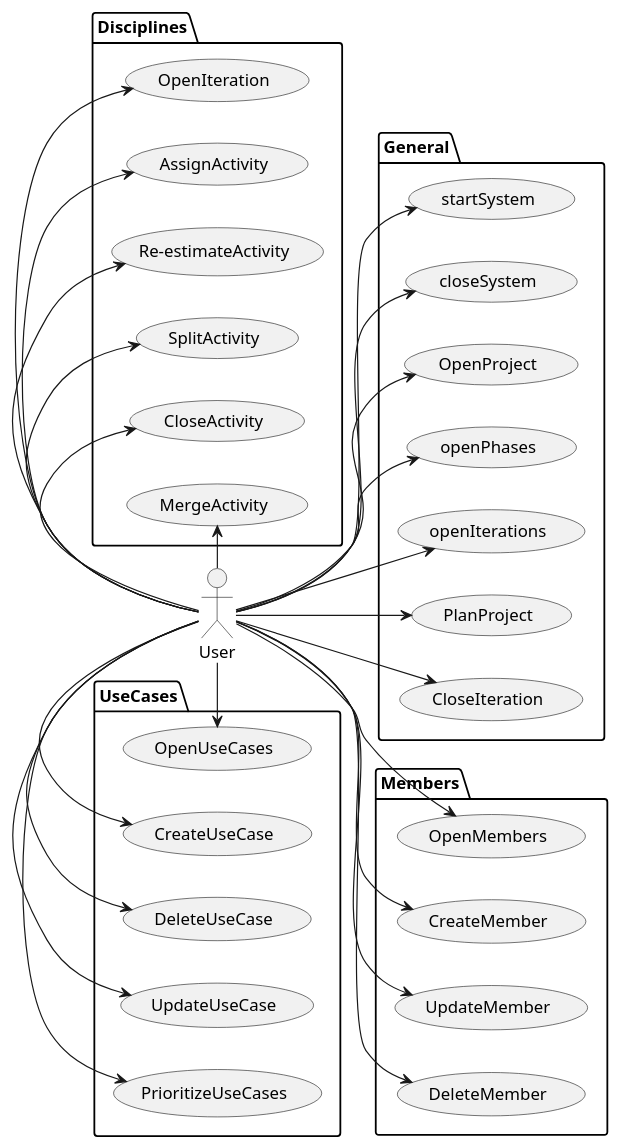
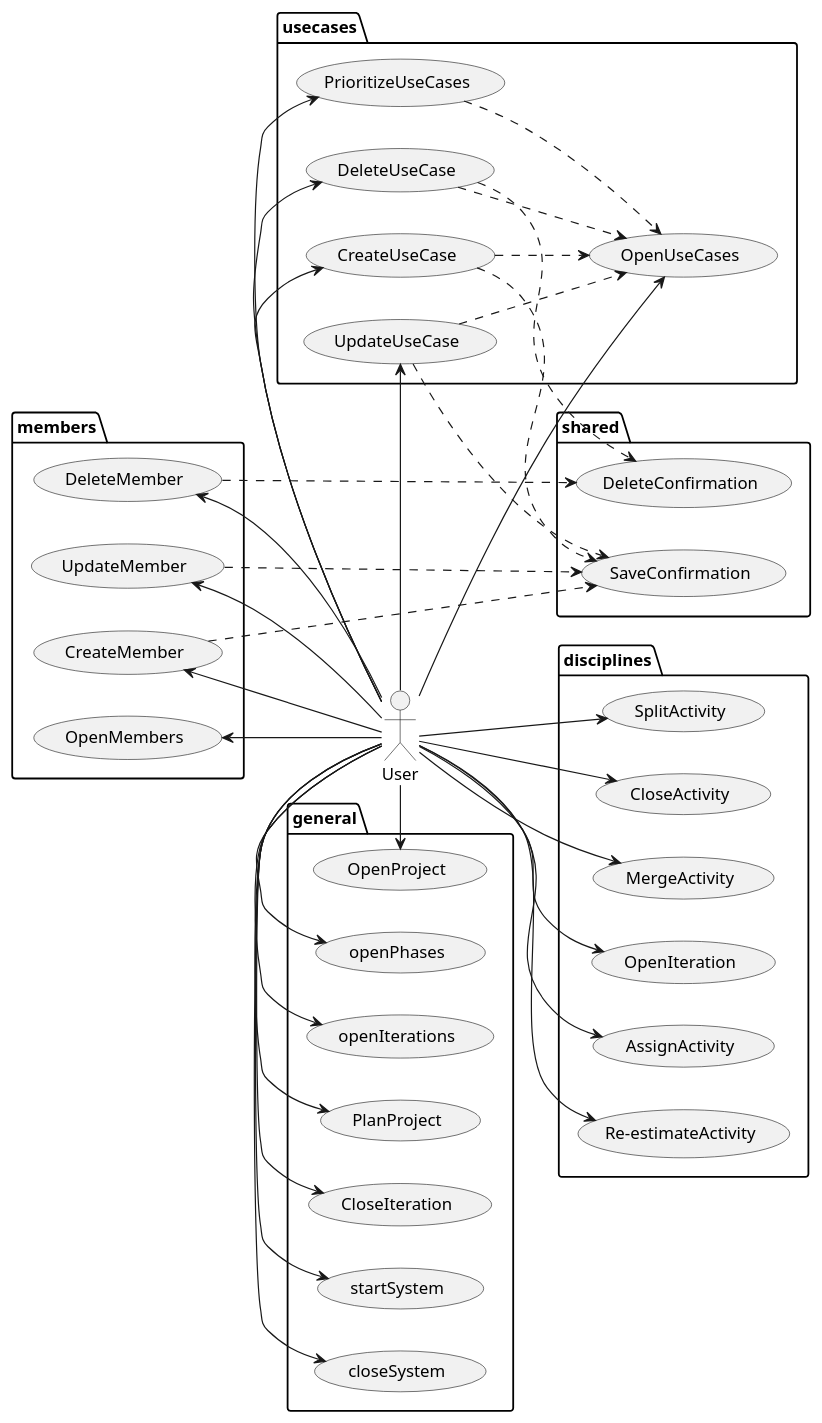
One commit to rup-projects/rup-projects changed the diagram in documentation/usecasesview/UseCases.puml. Above: the diagram before and after it, drawn with PlantUML. The commit also changed 27 other files, not shown here.

```diff
--- a/documentation/usecasesview/UseCases.puml
+++ b/documentation/usecasesview/UseCases.puml
@@ -1,39 +1,60 @@
 @startuml
 left to right direction
 
 actor "User" as user
 
-package General {
-:user: -down-> (startSystem)
-:user: -down-> (closeSystem)
-:user: -down-> (OpenProject)
-:user: -down-> (openPhases)
-:user: -down-> (openIterations)
-:user: -down-> (PlanProject)
-:user: -down-> (CloseIteration)
+package general {
+    :user: -left--> (startSystem)
+    :user: -left--> (closeSystem)
+    :user: -left--> (OpenProject)
+    :user: -left--> (openPhases)
+    :user: -left--> (openIterations)
+    :user: -left--> (PlanProject)
+    :user: -left--> (CloseIteration)
 }
 
-package Members {
-:user: -down-> (OpenMembers)
-:user: -down-> (CreateMember)
-:user: -down-> (UpdateMember)
-:user: -down-> (DeleteMember)
+package members {
+    :user: -up-> (OpenMembers)
+    :user: -up-> (CreateMember)
+    :user: -up-> (UpdateMember)
+    :user: -up-> (DeleteMember)
 }
 
-package UseCases {
-:user: -left-> (OpenUseCases)
-:user: -left-> (CreateUseCase)
-:user: -left-> (DeleteUseCase)
-:user: -left-> (UpdateUseCase)
-:user: -left-> (PrioritizeUseCases)
+package usecases {
+    :user: -right-> (OpenUseCases)
+    :user: -right-> (CreateUseCase)
+    :user: -right-> (DeleteUseCase)
+    :user: -right-> (UpdateUseCase)
+    :user: -right-> (PrioritizeUseCases)
+
+    (CreateUseCase) ..> (OpenUseCases)
+    (DeleteUseCase) ..> (OpenUseCases)
+    (UpdateUseCase) ..> (OpenUseCases)
+    (PrioritizeUseCases) ..> (OpenUseCases)
+
 }
 
-package Disciplines {
-:user: -left-> (OpenIteration)
-:user: -left-> (AssignActivity)
-:user: -left-> (Re-estimateActivity)
-:user: -left-> (SplitActivity)
-:user: -left-> (CloseActivity)
-:user: -left-> (MergeActivity)
+package disciplines {
+    :user: -down-> (OpenIteration)
+    :user: -down-> (AssignActivity)
+    :user: -down-> (Re-estimateActivity)
+    :user: -down-> (SplitActivity)
+    :user: -down-> (CloseActivity)
+    :user: -down-> (MergeActivity)
 }
+
+package shared {
+    (DeleteConfirmation)
+    (SaveConfirmation)
+
+    (DeleteUseCase) ..> (DeleteConfirmation)
+    (DeleteMember) ..> (DeleteConfirmation)
+
+    (CreateUseCase) ..> (SaveConfirmation)
+    (CreateMember) ..> (SaveConfirmation)
+
+    (UpdateUseCase) ..> (SaveConfirmation)
+    (UpdateMember) ..> (SaveConfirmation)
+}
+
 @enduml
```
